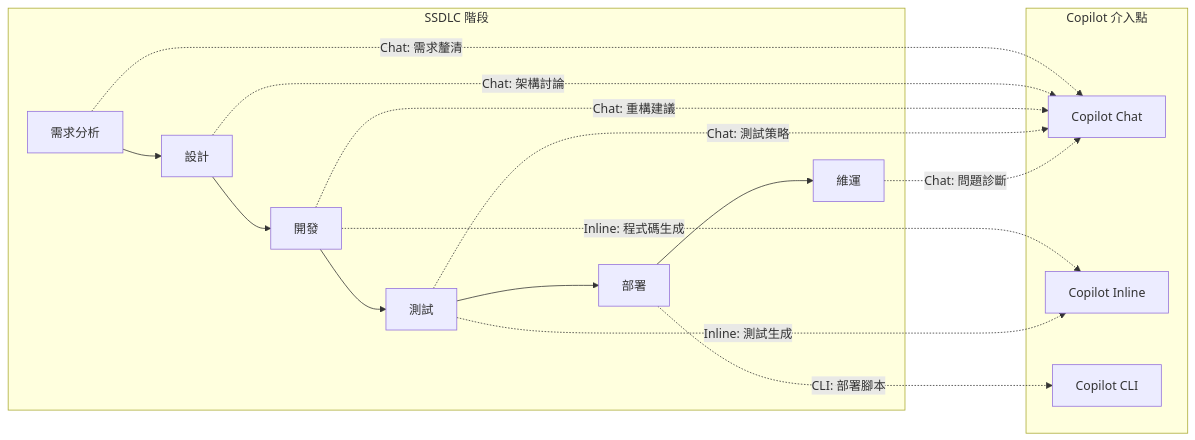
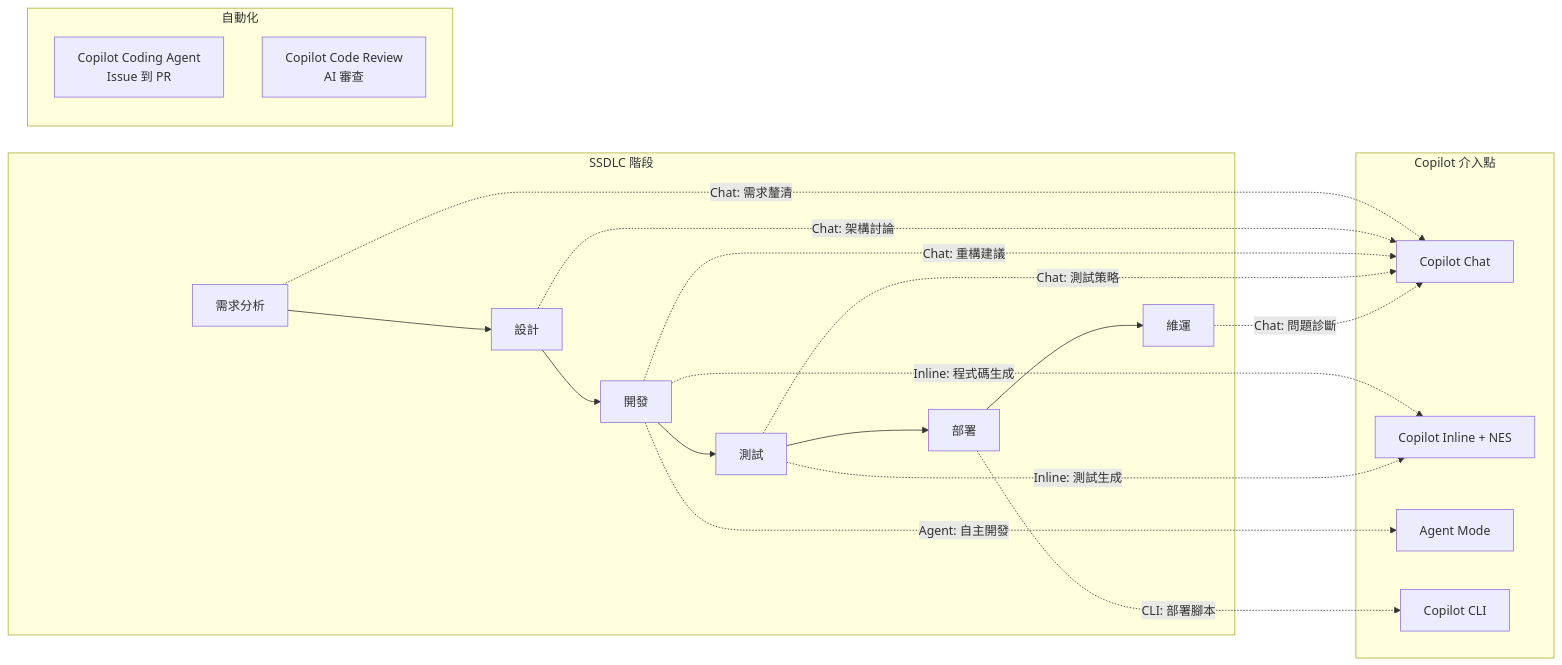
One commit to chihhung/Blog changed the second of 20 diagrams in content/posts/教學/AI開發/github copilot生態圈教學手冊.md. Above: the diagram before and after it, drawn with Mermaid. The commit also changed other lines of this file and 2 other files, not shown here.

````diff
--- a/content/posts/教學/AI開發/github copilot生態圈教學手冊.md
+++ b/content/posts/教學/AI開發/github copilot生態圈教學手冊.md
@@ -158,21 +190,27 @@
 ```mermaid
 flowchart LR
     subgraph "SSDLC 階段"
         A[需求分析] --> B[設計]
         B --> C[開發]
         C --> D[測試]
         D --> E[部署]
         E --> F[維運]
     end
     
     subgraph "Copilot 介入點"
         A -.->|Chat: 需求釐清| G[Copilot Chat]
         B -.->|Chat: 架構討論| G
-        C -.->|Inline: 程式碼生成| H[Copilot Inline]
+        C -.->|Inline: 程式碼生成| H[Copilot Inline + NES]
+        C -.->|Agent: 自主開發| I[Agent Mode]
         C -.->|Chat: 重構建議| G
         D -.->|Inline: 測試生成| H
         D -.->|Chat: 測試策略| G
-        E -.->|CLI: 部署腳本| I[Copilot CLI]
+        E -.->|CLI: 部署腳本| J[Copilot CLI]
         F -.->|Chat: 問題診斷| G
     end
+    
+    subgraph "自動化"
+        K[Copilot Coding Agent<br/>Issue 到 PR]
+        L[Copilot Code Review<br/>AI 審查]
+    end
 ```
````
